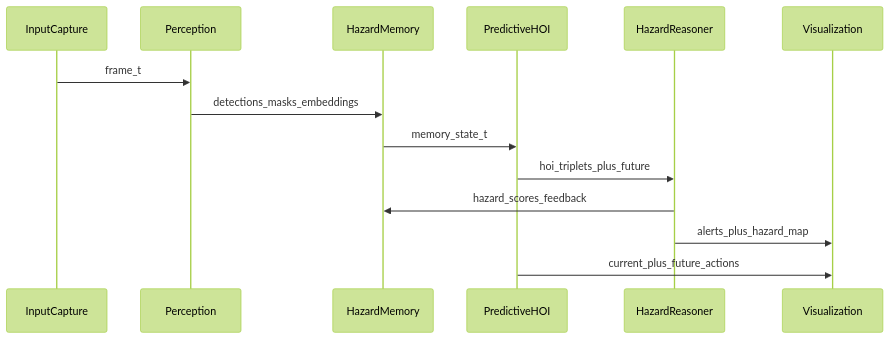
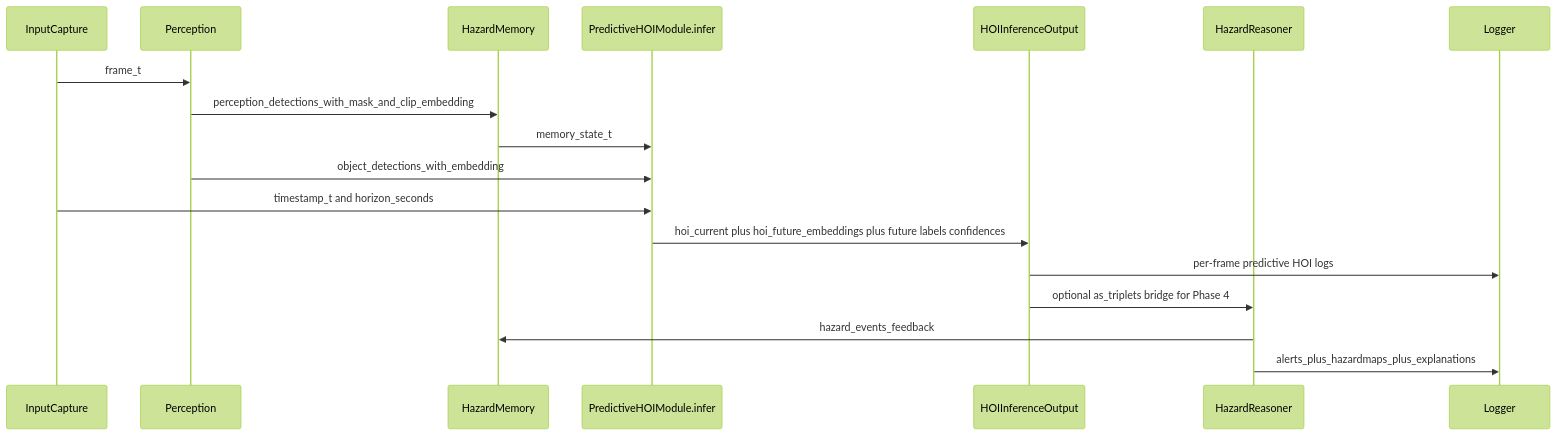
One commit to paribesh44/RiskSenseVLA changed the third of 7 diagrams in docs/architecture.md. Above: the diagram before and after it, drawn with Mermaid (forest theme). The commit also changed other lines of this file and 1 other file, not shown here.

````diff
--- a/docs/architecture.md
+++ b/docs/architecture.md
@@ -83,16 +92,20 @@
 ```mermaid
 sequenceDiagram
   participant InputCapture
   participant Perception
   participant HazardMemory
-  participant PredictiveHOI
+  participant PredictiveHOI as PredictiveHOIModule.infer
+  participant HOIOutput as HOIInferenceOutput
   participant HazardReasoner
-  participant Visualization
+  participant Logger
   InputCapture->>Perception: frame_t
-  Perception->>HazardMemory: detections_masks_embeddings
+  Perception->>HazardMemory: perception_detections_with_mask_and_clip_embedding
   HazardMemory->>PredictiveHOI: memory_state_t
-  PredictiveHOI->>HazardReasoner: hoi_triplets_plus_future
-  HazardReasoner->>HazardMemory: hazard_scores_feedback
-  HazardReasoner->>Visualization: alerts_plus_hazard_map
-  PredictiveHOI->>Visualization: current_plus_future_actions
+  Perception->>PredictiveHOI: object_detections_with_embedding
+  InputCapture->>PredictiveHOI: timestamp_t and horizon_seconds
+  PredictiveHOI->>HOIOutput: hoi_current plus hoi_future_embeddings plus future labels confidences
+  HOIOutput->>Logger: per-frame predictive HOI logs
+  HOIOutput->>HazardReasoner: optional as_triplets bridge for Phase 4
+  HazardReasoner->>HazardMemory: hazard_events_feedback
+  HazardReasoner->>Logger: alerts_plus_hazardmaps_plus_explanations
 ```
````
